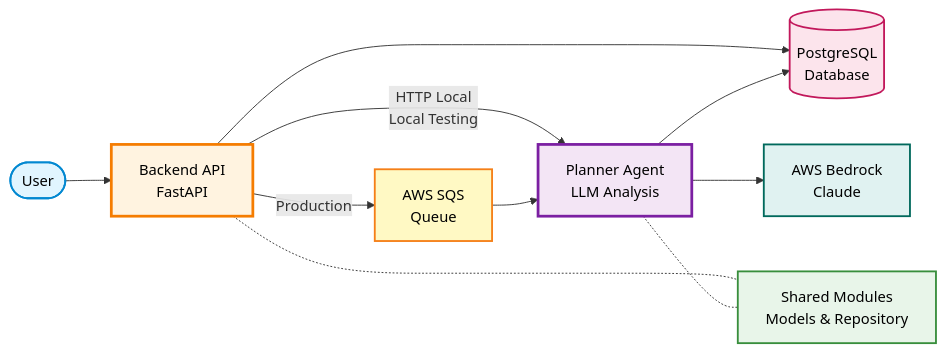
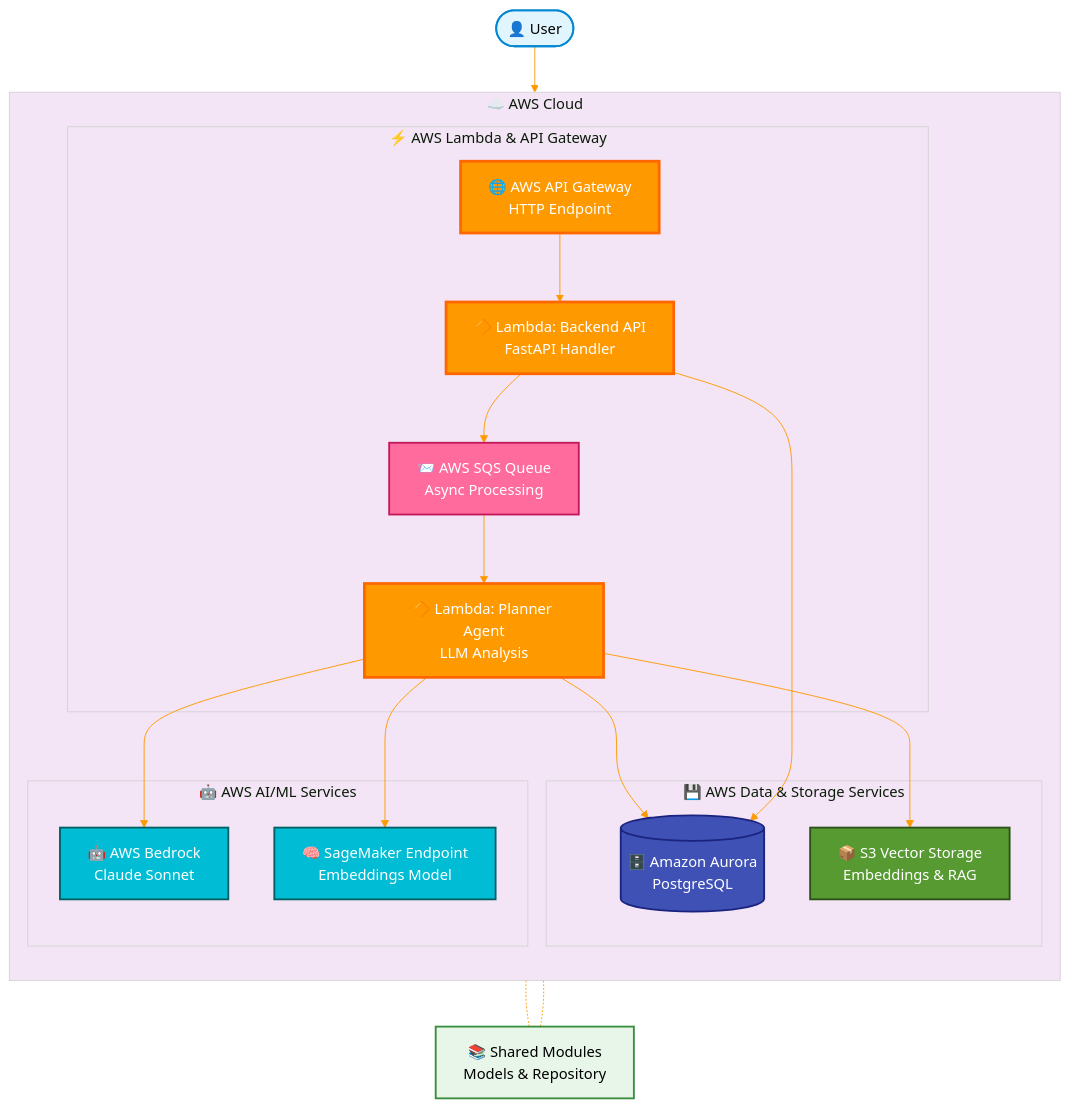
One commit to open-estate-ai/real-estate-agentic-ai changed the diagram in backend/README.md. Above: the diagram before and after it, drawn with Mermaid. The commit also changed other lines of this file and 1 other file, not shown here.

````diff
--- a/backend/README.md
+++ b/backend/README.md
@@ -27,21 +27,51 @@
 ```mermaid
-graph LR
-    User([User]):::userStyle --> API[Backend API<br/>FastAPI]:::apiStyle
-    API -->|HTTP Local<br/>Local Testing| Planner[Planner Agent<br/>LLM Analysis]:::agentStyle
-    API -->|Production| SQS[AWS SQS<br/>Queue]:::sqsStyle
-    SQS --> Planner
-    API --> DB[(PostgreSQL<br/>Database)]:::dbStyle
-    Planner --> DB
-    Planner --> LLM[AWS Bedrock<br/>Claude]:::llmStyle
+%%{init: {'theme':'base', 'themeVariables': { 'primaryColor':'#fff3e0','primaryTextColor':'#000','primaryBorderColor':'#ff9900','lineColor':'#ff9900','secondaryColor':'#e3f2fd','tertiaryColor':'#f3e5f5'}}}%%
+graph TB
+    User([👤 User]):::userStyle
     
-    API -.- Shared[Shared Modules<br/>Models & Repository]:::sharedStyle
-    Planner -.- Shared
+    subgraph AWSCloud["☁️ AWS Cloud"]
+        direction TB
+        
+        subgraph Compute["⚡ AWS Lambda & API Gateway"]
+            APIGW[🌐 AWS API Gateway<br/>HTTP Endpoint]:::apigwStyle
+            LambdaAPI[🔶 Lambda: Backend API<br/>FastAPI Handler]:::lambdaStyle
+            SQS[📨 AWS SQS Queue<br/>Async Processing]:::sqsStyle
+            LambdaPlanner[🔶 Lambda: Planner Agent<br/>LLM Analysis]:::lambdaStyle
+        end
+        
+        subgraph Storage["💾 AWS Data & Storage Services"]
+            DB[(🗄️ Amazon Aurora<br/>PostgreSQL)]:::dbStyle
+            S3Vector[📦 S3 Vector Storage<br/>Embeddings & RAG]:::s3Style
+        end
+        
+        subgraph AI["🤖 AWS AI/ML Services"]
+            LLM[🤖 AWS Bedrock<br/>Claude Sonnet]:::llmStyle
+            SageMaker[🧠 SageMaker Endpoint<br/>Embeddings Model]:::sagemakerStyle
+        end
+        
+        APIGW --> LambdaAPI
+        LambdaAPI --> SQS
+        LambdaAPI --> DB
+        SQS --> LambdaPlanner
+        LambdaPlanner --> DB
+        LambdaPlanner --> LLM
+        LambdaPlanner --> SageMaker
+        LambdaPlanner --> S3Vector
+    end
+    
+    User --> APIGW
+    
+    Shared[📚 Shared Modules<br/>Models & Repository]:::sharedStyle
+    LambdaAPI -.- Shared
+    LambdaPlanner -.- Shared
     
     classDef userStyle fill:#e1f5ff,stroke:#0288d1,stroke-width:2px,color:#000
-    classDef apiStyle fill:#fff3e0,stroke:#f57c00,stroke-width:3px,color:#000
-    classDef agentStyle fill:#f3e5f5,stroke:#7b1fa2,stroke-width:3px,color:#000
+    classDef apigwStyle fill:#ff9900,stroke:#ff6600,stroke-width:3px,color:#fff
+    classDef lambdaStyle fill:#ff9900,stroke:#ff6600,stroke-width:3px,color:#fff
+    classDef sqsStyle fill:#ff6b9d,stroke:#c2185b,stroke-width:2px,color:#fff
+    classDef dbStyle fill:#3f51b5,stroke:#1a237e,stroke-width:2px,color:#fff
+    classDef llmStyle fill:#00bcd4,stroke:#006064,stroke-width:2px,color:#fff
+    classDef sagemakerStyle fill:#00bcd4,stroke:#006064,stroke-width:2px,color:#fff
+    classDef s3Style fill:#569a31,stroke:#2d5016,stroke-width:2px,color:#fff
     classDef sharedStyle fill:#e8f5e9,stroke:#388e3c,stroke-width:2px,color:#000
-    classDef dbStyle fill:#fce4ec,stroke:#c2185b,stroke-width:2px,color:#000
-    classDef llmStyle fill:#e0f2f1,stroke:#00695c,stroke-width:2px,color:#000
-    classDef sqsStyle fill:#fff9c4,stroke:#f57f17,stroke-width:2px,color:#000
 ```
````
